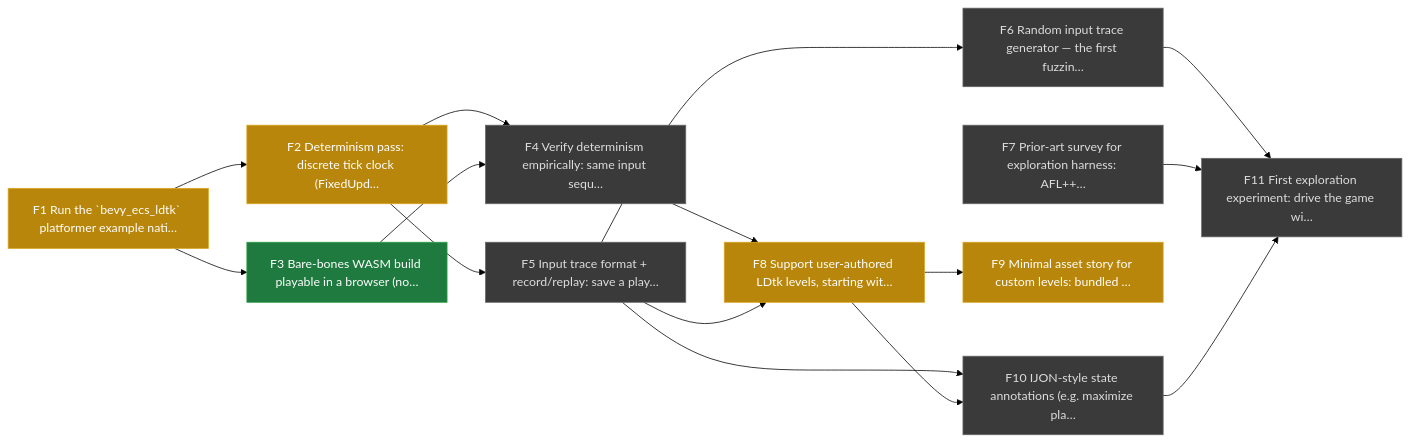
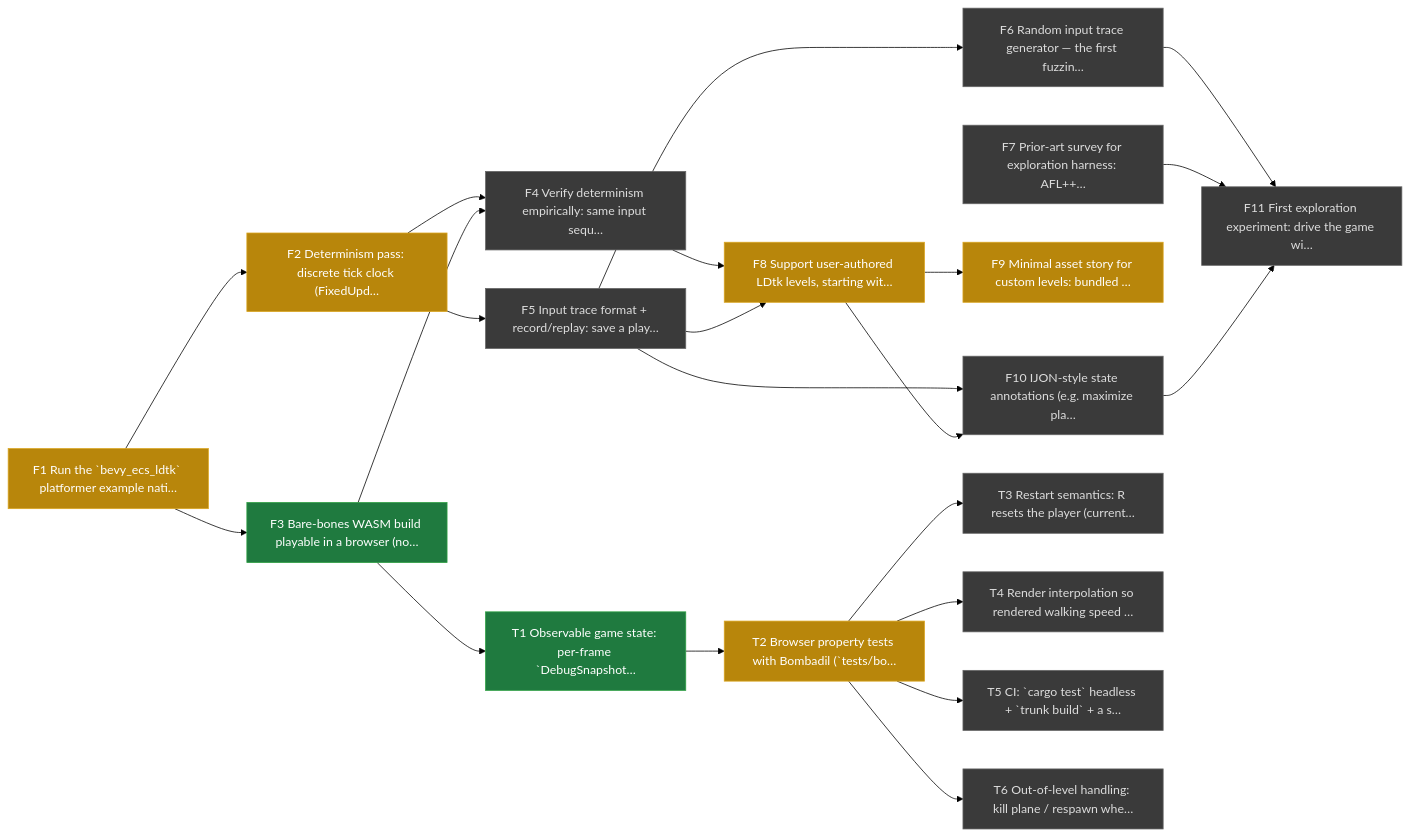
Before and after one commit to nverhaaren-ai/flezzle-rs: the diagram in ROADMAP.md, drawn with Mermaid (forest theme). The commit also changed other lines of this file and 23 other files, not shown here.

````diff
--- a/ROADMAP.md
+++ b/ROADMAP.md
@@ -11,32 +11,44 @@
 ```mermaid
 graph LR
   F1["F1 Run the `bevy_ecs_ldtk` platformer example nati…"]:::inprogress
   F2["F2 Determinism pass: discrete tick clock (FixedUpd…"]:::inprogress
   F3["F3 Bare-bones WASM build playable in a browser (no…"]:::done
   F4["F4 Verify determinism empirically: same input sequ…"]:::pending
   F5["F5 Input trace format + record/replay: save a play…"]:::pending
   F6["F6 Random input trace generator — the first fuzzin…"]:::pending
   F7["F7 Prior-art survey for exploration harness: AFL++…"]:::pending
   F8["F8 Support user-authored LDtk levels, starting wit…"]:::inprogress
   F9["F9 Minimal asset story for custom levels: bundled …"]:::inprogress
   F10["F10 IJON-style state annotations (e.g. maximize pla…"]:::pending
   F11["F11 First exploration experiment: drive the game wi…"]:::pending
+  T1["T1 Observable game state: per-frame `DebugSnapshot…"]:::done
+  T2["T2 Browser property tests with Bombadil (`tests/bo…"]:::inprogress
+  T3["T3 Restart semantics: R resets the player (current…"]:::pending
+  T4["T4 Render interpolation so rendered walking speed …"]:::pending
+  T5["T5 CI: `cargo test` headless + `trunk build` + a s…"]:::pending
+  T6["T6 Out-of-level handling: kill plane / respawn whe…"]:::pending
   F1 --> F2
   F1 --> F3
   F2 --> F4
   F3 --> F4
   F2 --> F5
   F5 --> F6
   F4 --> F8
   F5 --> F8
   F8 --> F9
   F5 --> F10
   F8 --> F10
   F6 --> F11
   F7 --> F11
   F10 --> F11
+  F3 --> T1
+  T1 --> T2
+  T2 --> T3
+  T2 --> T4
+  T2 --> T5
+  T2 --> T6
   classDef pending fill:#3a3a3a,stroke:#666,color:#ddd;
   classDef inprogress fill:#b8860b,stroke:#daa520,color:#fff;
   classDef done fill:#1f7a3f,stroke:#2ea043,color:#fff;
   classDef blocked fill:#8b1a1a,stroke:#da3633,color:#fff;
 ```
````
